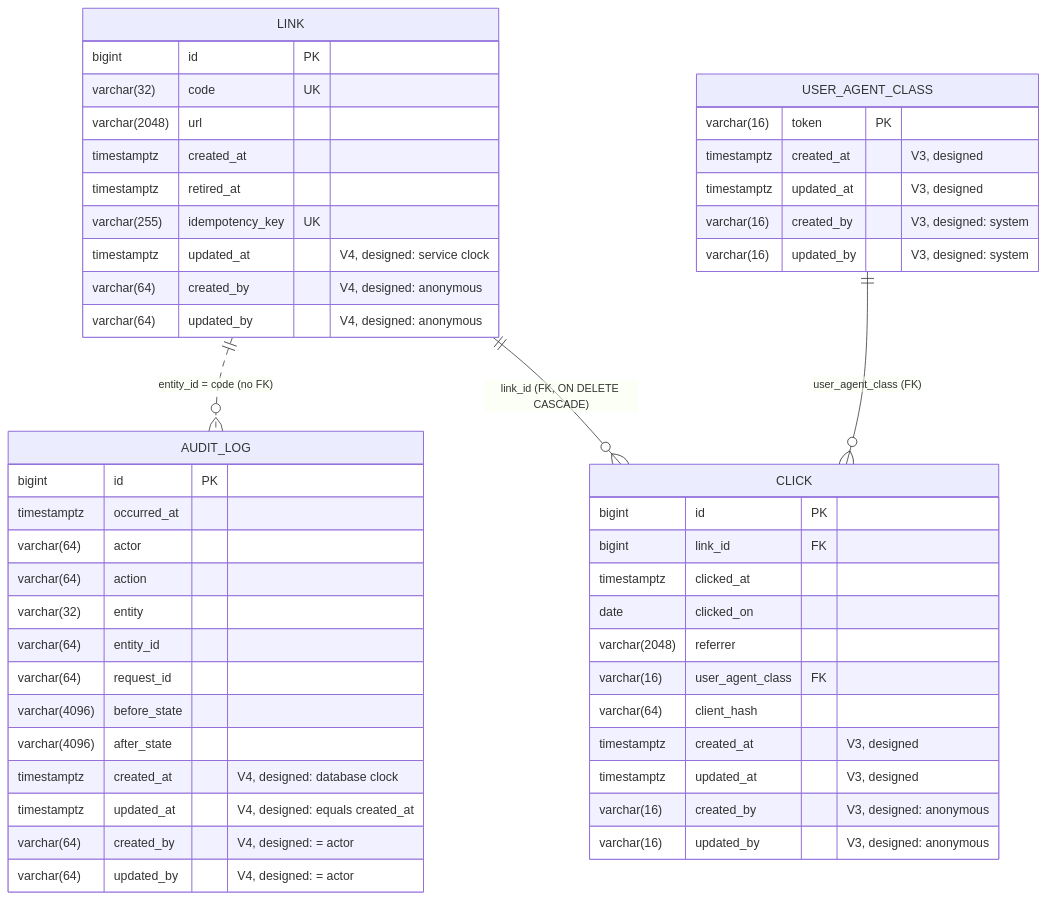
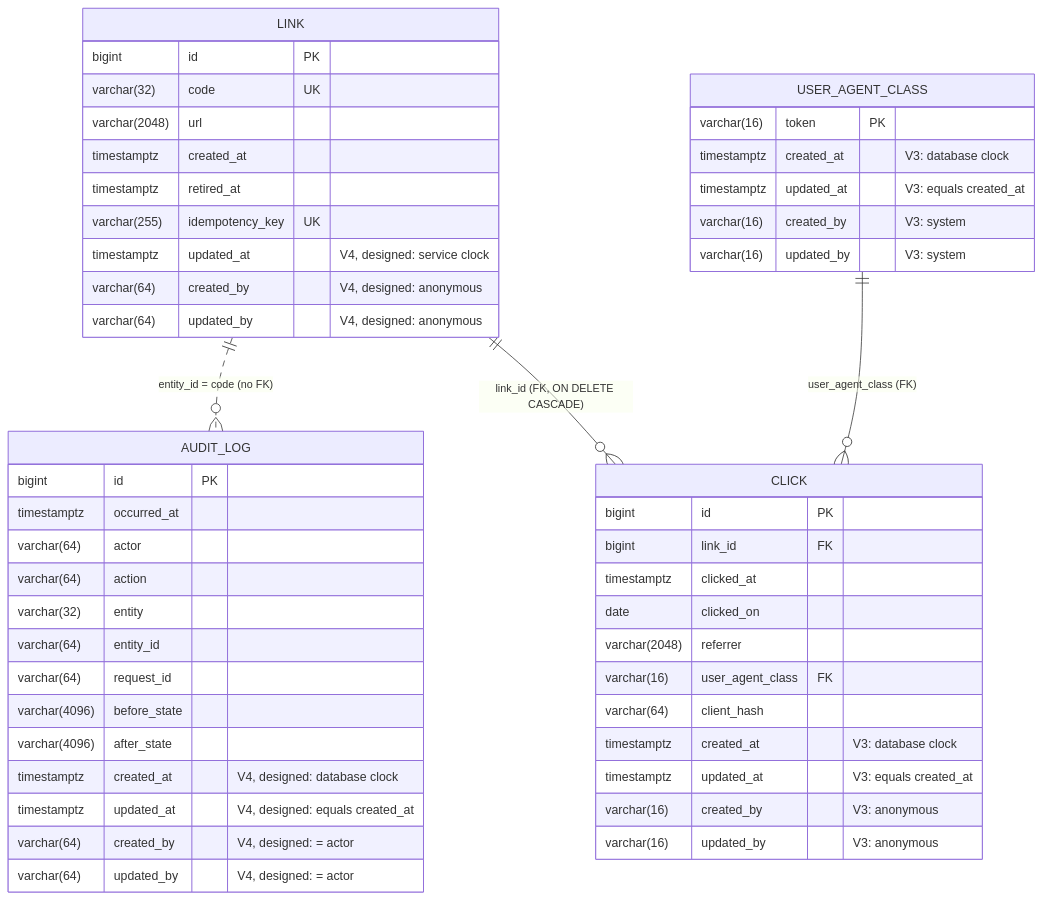
The second of 2 diagrams in docs/DESIGN.md (aurbanow1/url-shortener-agentic-sdlc), drawn with Mermaid before and after one commit. The commit also changed other lines of this file and 10 other files, not shown here.

````diff
--- a/docs/DESIGN.md
+++ b/docs/DESIGN.md
@@ -497,52 +495,52 @@
 ```mermaid
 erDiagram
     LINK {
         bigint id PK
         varchar(32) code UK
         varchar(2048) url
         timestamptz created_at
         timestamptz retired_at
         varchar(255) idempotency_key UK
         timestamptz updated_at "V4, designed: service clock"
         varchar(64) created_by "V4, designed: anonymous"
         varchar(64) updated_by "V4, designed: anonymous"
     }
     AUDIT_LOG {
         bigint id PK
         timestamptz occurred_at
         varchar(64) actor
         varchar(64) action
         varchar(32) entity
         varchar(64) entity_id
         varchar(64) request_id
         varchar(4096) before_state
         varchar(4096) after_state
         timestamptz created_at "V4, designed: database clock"
         timestamptz updated_at "V4, designed: equals created_at"
         varchar(64) created_by "V4, designed: = actor"
         varchar(64) updated_by "V4, designed: = actor"
     }
     CLICK {
         bigint id PK
         bigint link_id FK
         timestamptz clicked_at
         date clicked_on
         varchar(2048) referrer
         varchar(16) user_agent_class FK
         varchar(64) client_hash
-        timestamptz created_at "V3, designed"
-        timestamptz updated_at "V3, designed"
-        varchar(16) created_by "V3, designed: anonymous"
-        varchar(16) updated_by "V3, designed: anonymous"
+        timestamptz created_at "V3: database clock"
+        timestamptz updated_at "V3: equals created_at"
+        varchar(16) created_by "V3: anonymous"
+        varchar(16) updated_by "V3: anonymous"
     }
     USER_AGENT_CLASS {
         varchar(16) token PK
-        timestamptz created_at "V3, designed"
-        timestamptz updated_at "V3, designed"
-        varchar(16) created_by "V3, designed: system"
-        varchar(16) updated_by "V3, designed: system"
+        timestamptz created_at "V3: database clock"
+        timestamptz updated_at "V3: equals created_at"
+        varchar(16) created_by "V3: system"
+        varchar(16) updated_by "V3: system"
     }
     LINK ||..o{ AUDIT_LOG : "entity_id = code (no FK)"
     LINK ||--o{ CLICK : "link_id (FK, ON DELETE CASCADE)"
     USER_AGENT_CLASS ||--o{ CLICK : "user_agent_class (FK)"
 ```
````
